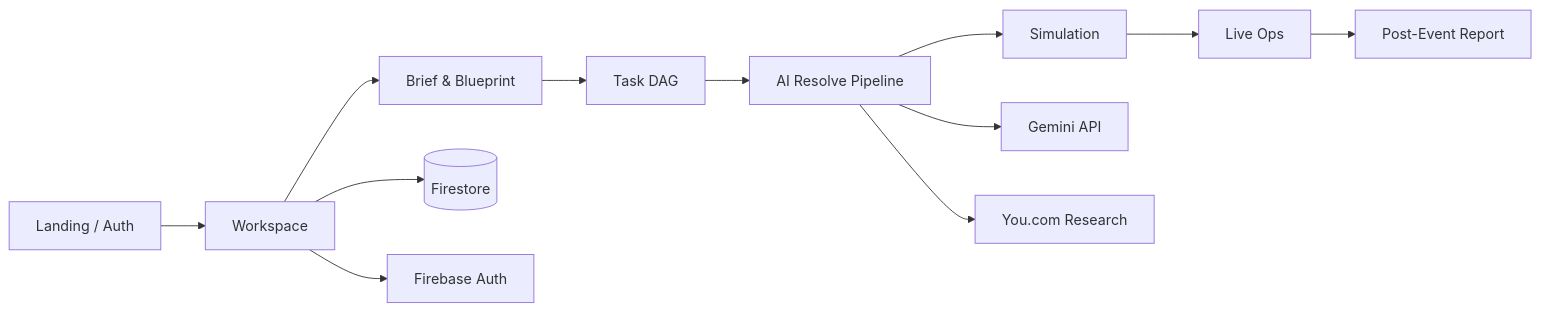
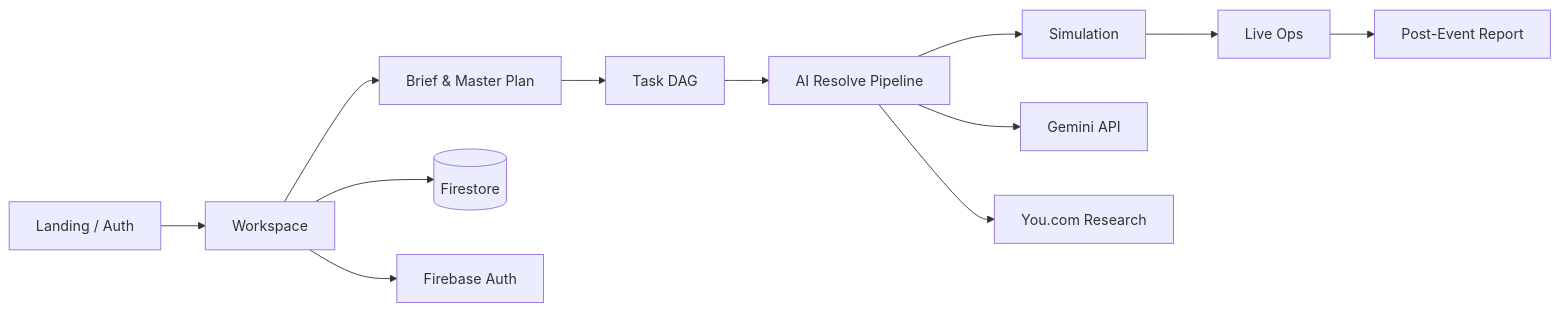
The diagram in README.md (0xAre/RunIT), drawn with Mermaid before and after one commit. The commit also changed other lines of this file and 11 other files, not shown here.

First line of the commit message:
docs: rename vision doc to master plan and align references

````diff
--- a/README.md
+++ b/README.md
@@ -75,14 +75,14 @@
 ```mermaid
 flowchart LR
   A[Landing / Auth] --> B[Workspace]
-  B --> C[Brief & Blueprint]
+  B --> C[Brief & Master Plan]
   C --> D[Task DAG]
   D --> E[AI Resolve Pipeline]
   E --> F[Simulation]
   F --> G[Live Ops]
   G --> H[Post-Event Report]
   B --> I[(Firestore)]
   E --> J[Gemini API]
   E --> K[You.com Research]
   B --> L[Firebase Auth]
 ```
````
